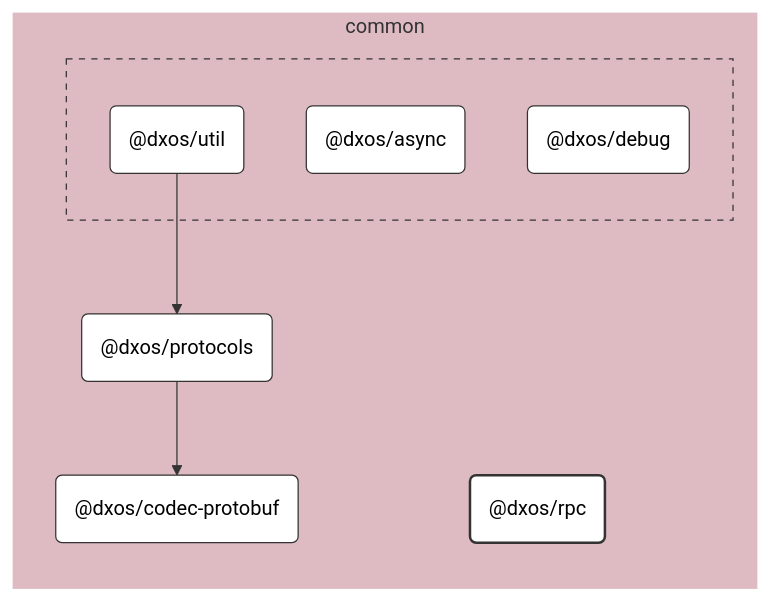
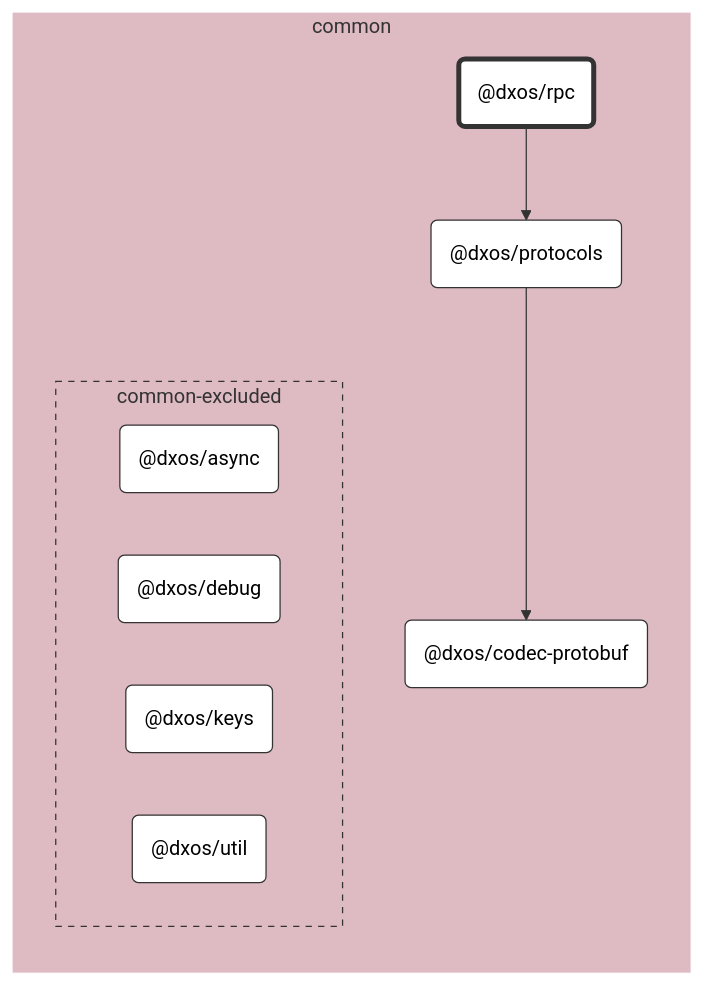
Before and after one commit to dxos/dxos: the diagram in packages/common/rpc/docs/README.md, drawn with Mermaid (forest theme). The commit also changed other lines of this file and 683 other files, not shown here.

````diff
--- a/packages/common/rpc/docs/README.md
+++ b/packages/common/rpc/docs/README.md
@@ -7,47 +7,38 @@
 ```mermaid
 %%{ init: {'flowchart':{'curve':'basis'}} }%%
 
 flowchart LR
 
-%% Links
-dxos/protocols --> dxos/codec-protobuf;
-dxos/util --> dxos/protocols;
+%% Classes
+classDef def fill:#fff,stroke:#333,stroke-width:1px
+classDef root fill:#fff,stroke:#333,stroke-width:4px
 
-%% Sections
-subgraph common
-  style common fill:#debac2,stroke:#fff;
+%% Nodes
 
-  dxos/codec-protobuf("@dxos/codec-protobuf")
-  dxos/protocols("@dxos/protocols")
-  dxos/rpc("@dxos/rpc")
+subgraph common [common]
+  style common fill:#debac2,stroke:#fff
+  dxos/rpc("@dxos/rpc"):::root
+  click dxos/rpc "dxos/dxos/tree/main/packages/common/rpc/docs"
+  dxos/codec-protobuf("@dxos/codec-protobuf"):::def
+  click dxos/codec-protobuf "dxos/dxos/tree/main/packages/common/codec-protobuf/docs"
+  dxos/protocols("@dxos/protocols"):::def
+  click dxos/protocols "dxos/dxos/tree/main/packages/common/protocols/docs"
 
-  subgraph common-excluded [ ]
-    style common-excluded fill:#debac2,stroke:#333,stroke-dasharray:5 5;
-
-    dxos/async("@dxos/async")
-    dxos/debug("@dxos/debug")
-    dxos/util("@dxos/util")
+  subgraph common-excluded [common-excluded]
+    style common-excluded fill:#debac2,stroke:#333,stroke-dasharray:5 5
+    dxos/async("@dxos/async"):::def
+    click dxos/async "dxos/dxos/tree/main/packages/common/async/docs"
+    dxos/debug("@dxos/debug"):::def
+    click dxos/debug "dxos/dxos/tree/main/packages/common/debug/docs"
+    dxos/keys("@dxos/keys"):::def
+    click dxos/keys "dxos/dxos/tree/main/packages/common/keys/docs"
+    dxos/util("@dxos/util"):::def
+    click dxos/util "dxos/dxos/tree/main/packages/common/util/docs"
   end
 end
 
-
-%% Hyperlinks
-click dxos/async "dxos/dxos/tree/main/packages/common/async/docs";
-click dxos/codec-protobuf "dxos/dxos/tree/main/packages/common/codec-protobuf/docs";
-click dxos/debug "dxos/dxos/tree/main/packages/common/debug/docs";
-click dxos/protocols "dxos/dxos/tree/main/packages/common/protocols/docs";
-click dxos/util "dxos/dxos/tree/main/packages/common/util/docs";
-
-%% Styles
-classDef rootNode fill:#fff,stroke:#333,stroke-width:2px
-classDef defaultNode fill:#fff,stroke:#333,stroke-width:1px
+%% Links
 linkStyle default stroke:#333,stroke-width:1px
-
-dxos/rpc:::rootNode
-
-dxos/async:::defaultNode
-dxos/codec-protobuf:::defaultNode
-dxos/debug:::defaultNode
-dxos/protocols:::defaultNode
-dxos/util:::defaultNode
+dxos/rpc --> dxos/protocols
+dxos/protocols --> dxos/codec-protobuf
 ```
````
